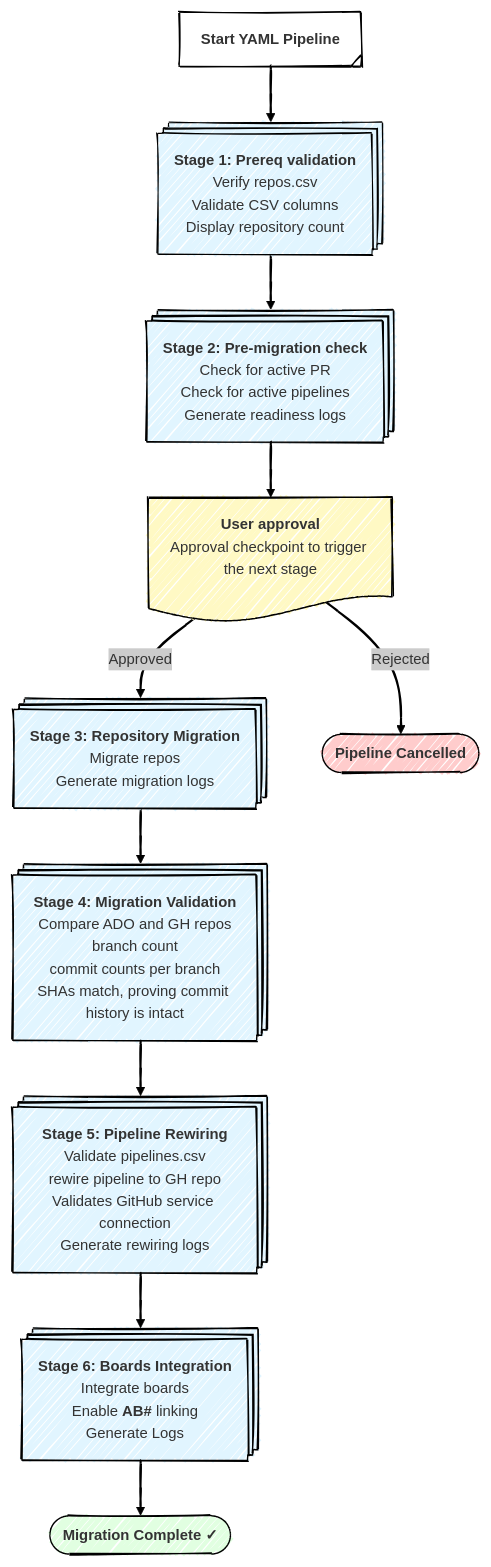
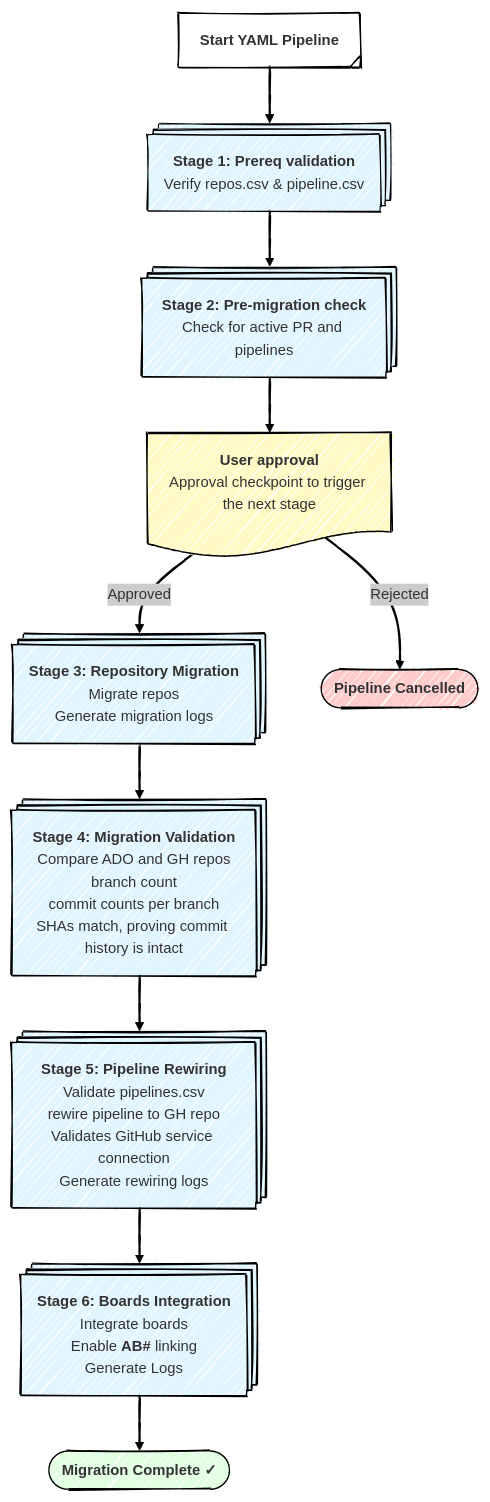
The diagram in README.md (pinakighatak/ado2gh-ado-pipeline), drawn with Mermaid before and after one commit. The commit also changed other lines of this file, not shown here.

````diff
--- a/README.md
+++ b/README.md
@@ -56,37 +56,37 @@
 ```mermaid
 ---
 config:
   theme: neo
   layout: dagre
   look: handDrawn
 ---
 flowchart TB
-    Start["<b>Start YAML Pipeline</b>"] --> Stage1["<b>Stage 1: Prereq validation</b><br>Verify repos.csv<br>Validate CSV columns<br>Display repository count"]
-    Stage1 --> Stage2["<b>Stage 2: Pre-migration check</b><br>Check for active PR<br>Check for active pipelines<br>Generate readiness logs"]
+    Start["<b>Start YAML Pipeline</b>"] --> Stage1["<b>Stage 1: Prereq validation</b><br>Verify repos.csv & pipeline.csv"]
+    Stage1 --> Stage2["<b>Stage 2: Pre-migration check</b><br>Check for active PR and pipelines"]
     Stage2 --> Gate1["<b>User approval</b><br>Approval checkpoint to trigger the next stage"]
     Gate1 -- Approved --> Stage3["<b>Stage 3: Repository Migration</b><br>Migrate repos<br>Generate migration logs"]
     Gate1 -- Rejected --> End1["<b>Pipeline Cancelled</b>"]
     Stage3 --> Stage4["<b>Stage 4: Migration Validation</b><br>Compare ADO and GH repos<br>branch count<br>commit counts per branch<br>SHAs match, proving commit history is intact"]
     Stage4 --> Stage5["<b>Stage 5: Pipeline Rewiring</b><br>Validate pipelines.csv<br>rewire pipeline to GH repo<br>Validates GitHub service connection<br>Generate rewiring logs"]
     Stage5 --> Stage6["<b>Stage 6: Boards Integration</b><br>Integrate boards<br>Enable <b>AB#</b> linking<br>Generate Logs"]
     Stage6 --> Success(["<b>Migration Complete ✓</b>"])
     
     Start@{ shape: tag-proc}
     Stage1@{ shape: procs}
     Stage2@{ shape: procs}
     Gate1@{ shape: doc}
     Stage3@{ shape: procs}
     End1@{ shape: terminal}
     Stage4@{ shape: procs}
     Stage5@{ shape: procs}
     Stage6@{ shape: procs}
     style Stage1 fill:#e1f5ff,stroke-width:1px,stroke-dasharray: 0
     style Stage2 fill:#e1f5ff
     style Gate1 fill:#FFF9C4
     style Stage3 fill:#e1f5ff
     style End1 fill:#ffcccc
     style Stage4 fill:#e1f5ff
     style Stage5 fill:#e1f5ff
     style Stage6 fill:#e1f5ff
     style Success fill:#e1ffe1
 ```
````
